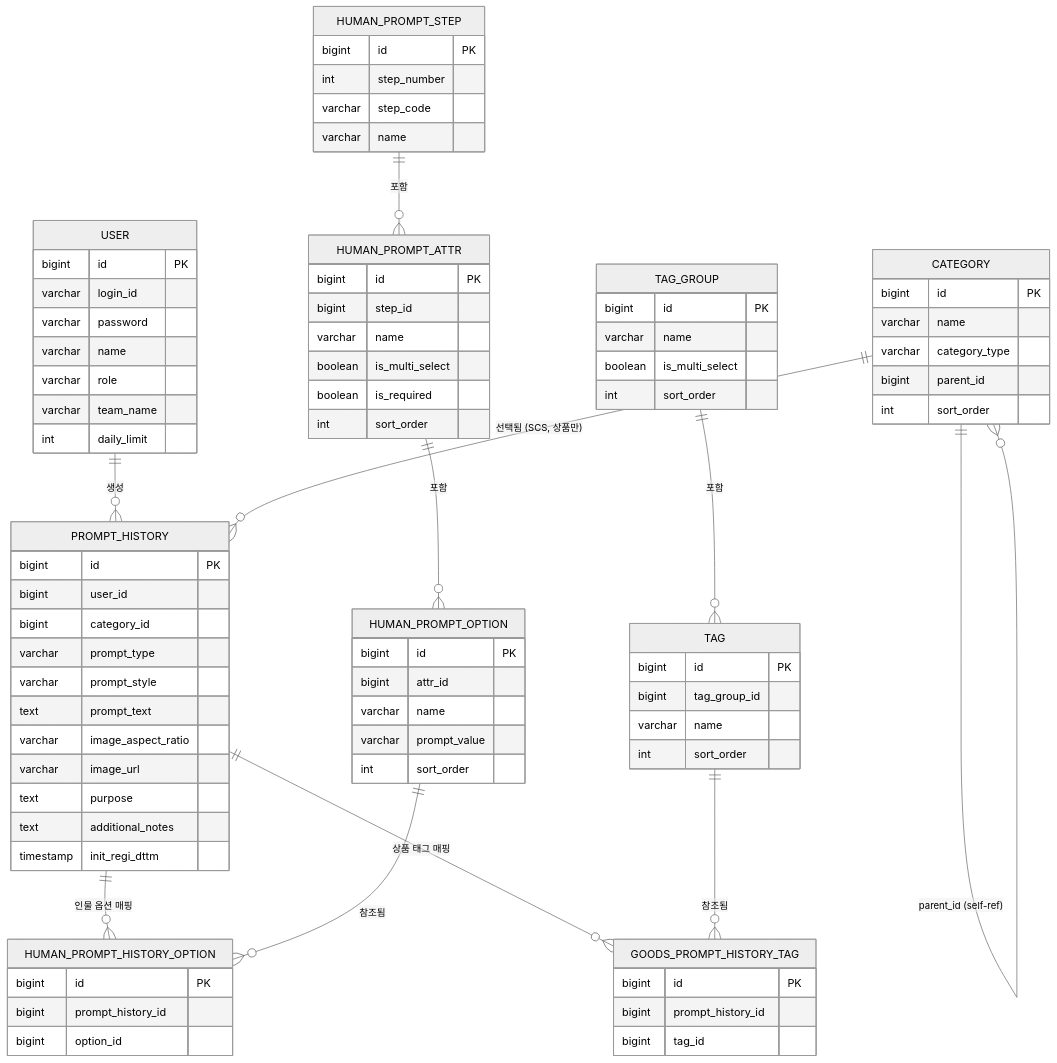
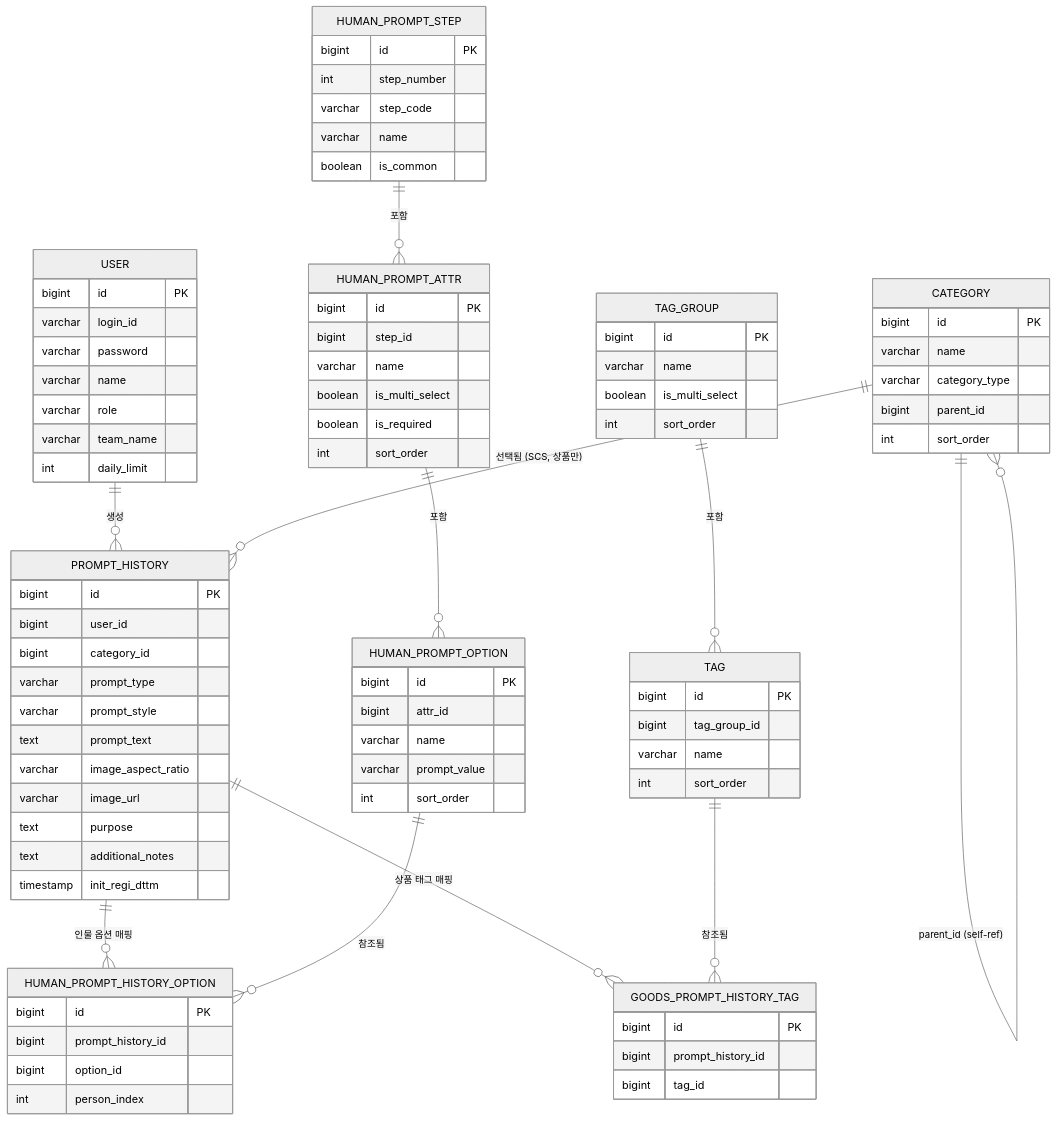
Before and after one commit to fwangjuwon/creative-studio-bo: the diagram in docs/erd.md, drawn with Mermaid (neutral theme). The commit also changed other lines of this file and 31 other files, not shown here.

```diff
--- a/docs/erd.md
+++ b/docs/erd.md
@@ -235,6 +256,7 @@
         bigint id PK
         bigint prompt_history_id
         bigint option_id
+        int person_index
     }
 
     HUMAN_PROMPT_STEP {
@@ -242,6 +264,7 @@
         int step_number
         varchar step_code
         varchar name
+        boolean is_common
     }
 
     HUMAN_PROMPT_ATTR {
```
